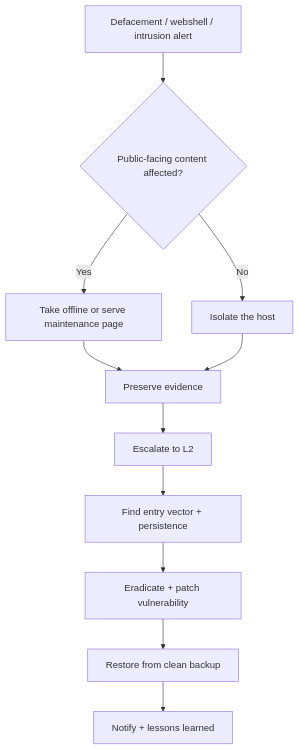
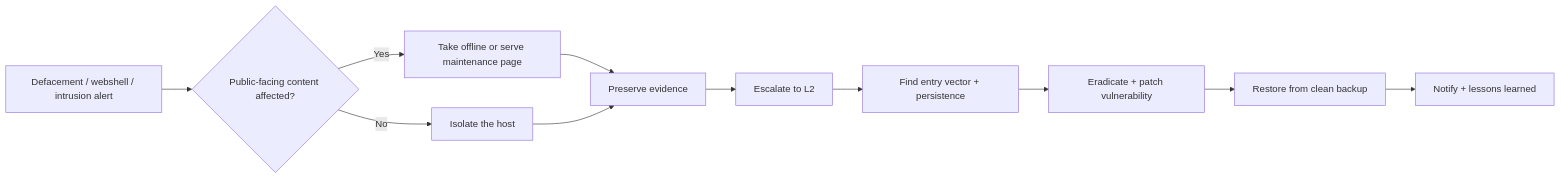
Before and after one commit to MiracleDvm/ir-firstline: the diagram in docs/runbooks/web-compromise.md, drawn with Mermaid. The commit also changed other lines of this file and 26 other files, not shown here.

Commit message:
Fix decision-tree diagram sizing/legibility, add PDF export, land tool links -- Convert decision trees to horizontal/collapsible, link cited tools/sources

````diff
--- a/docs/runbooks/web-compromise.md
+++ b/docs/runbooks/web-compromise.md
@@ -29,13 +31,13 @@
-```mermaid
-flowchart TD
-    A[Defacement / webshell / intrusion alert] --> B{Public-facing content affected?}
-    B -->|Yes| C[Take offline or serve maintenance page]
-    B -->|No| D[Isolate the host]
-    C --> E[Preserve evidence]
-    D --> E
-    E --> F[Escalate to L2]
-    F --> G[Find entry vector + persistence]
-    G --> H[Eradicate + patch vulnerability]
-    H --> I[Restore from clean backup]
-    I --> J[Notify + lessons learned]
-```
+    ```mermaid
+    flowchart LR
+        A[Defacement / webshell / intrusion alert] --> B{Public-facing content affected?}
+        B -->|Yes| C[Take offline or serve maintenance page]
+        B -->|No| D[Isolate the host]
+        C --> E[Preserve evidence]
+        D --> E
+        E --> F[Escalate to L2]
+        F --> G[Find entry vector + persistence]
+        G --> H[Eradicate + patch vulnerability]
+        H --> I[Restore from clean backup]
+        I --> J[Notify + lessons learned]
+    ```
````
